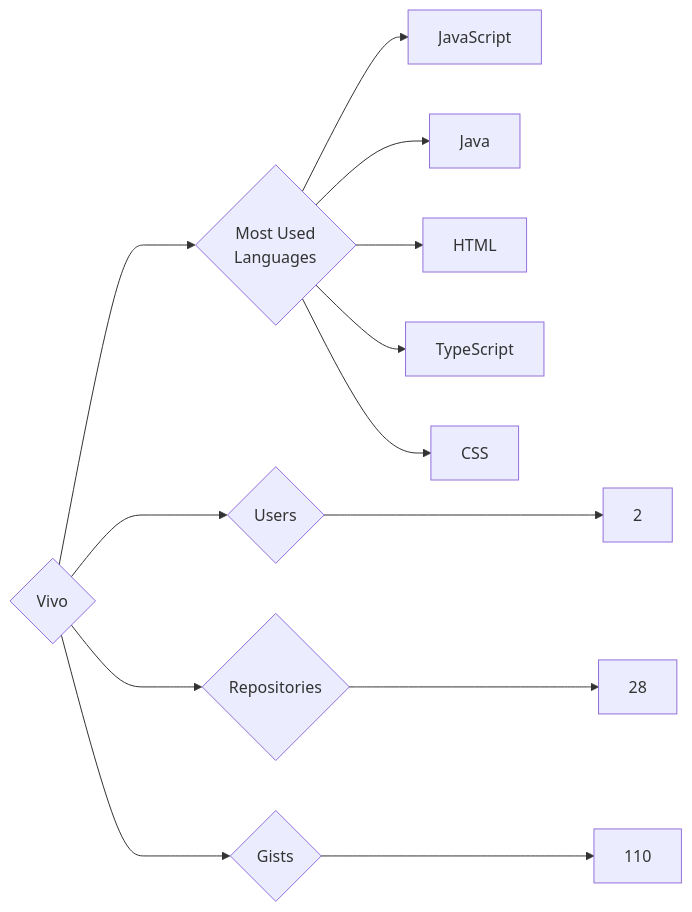
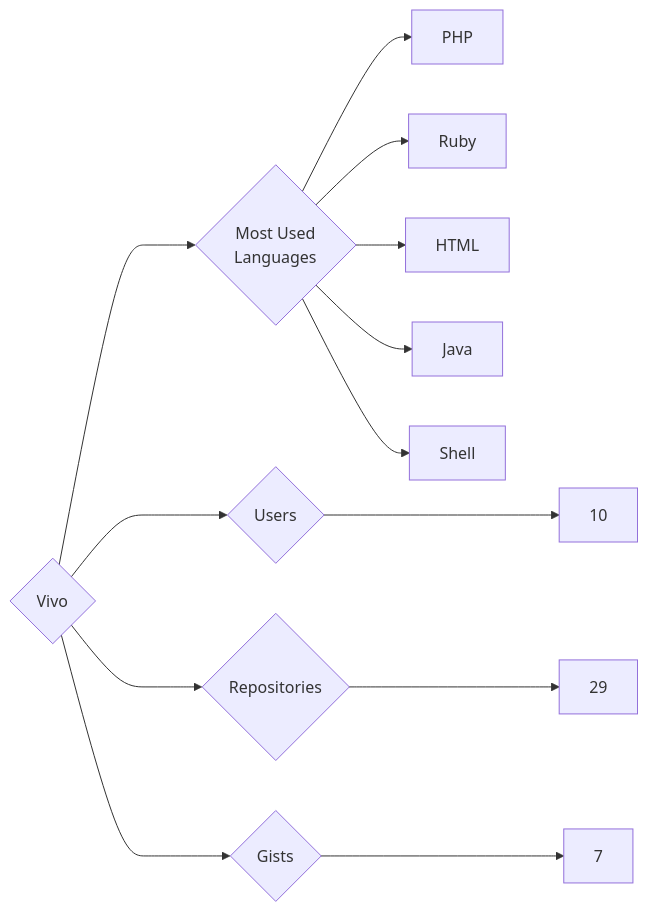
Before and after one commit to trickest/insiders: the diagram in targets/Vivo/README.md, drawn with Mermaid. The commit also changed 851 other files, not shown here.

````diff
--- a/targets/Vivo/README.md
+++ b/targets/Vivo/README.md
@@ -3,13 +3,13 @@
 ```mermaid
 graph LR
 COMPANY_NAME{Vivo}
-COMPANY_NAME ---> U{Users} ---> UN[2]
-COMPANY_NAME ---> R{Repositories} ---> RN[28]
-COMPANY_NAME ---> G{Gists} ---> GN[110]
+COMPANY_NAME ---> U{Users} ---> UN[10]
+COMPANY_NAME ---> R{Repositories} ---> RN[29]
+COMPANY_NAME ---> G{Gists} ---> GN[7]
 COMPANY_NAME ---> ML{Most Used<br>Languages}
-ML --> JavaScript[JavaScript]
+ML --> PHP[PHP]
+ML --> Ruby[Ruby]
+ML --> HTML[HTML]
 ML --> Java[Java]
-ML --> HTML[HTML]
-ML --> TypeScript[TypeScript]
-ML --> CSS[CSS]
+ML --> Shell[Shell]
 ```
````
